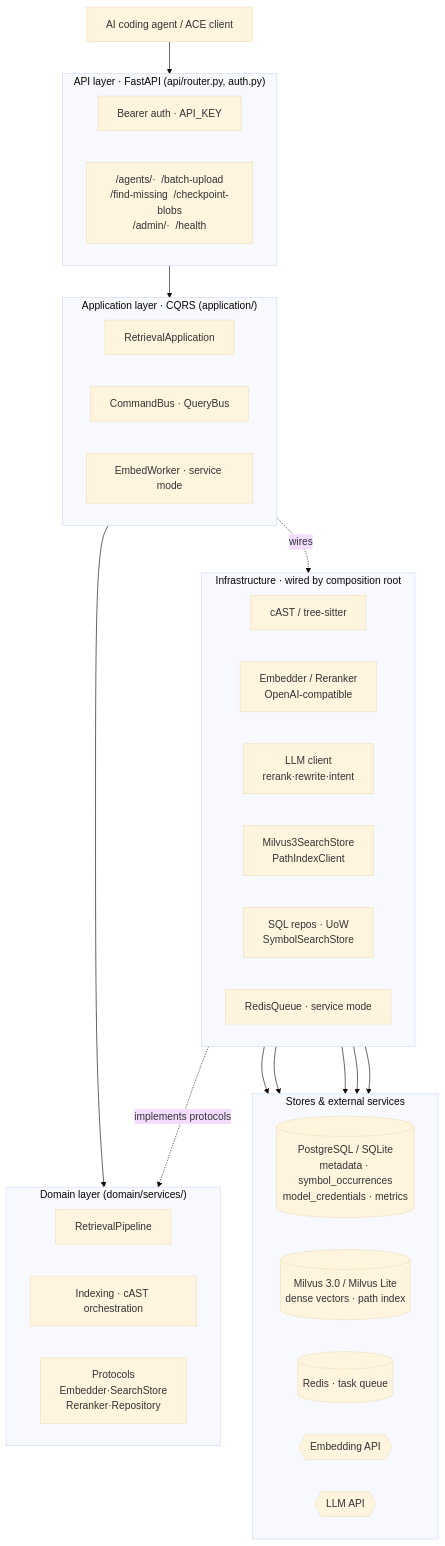
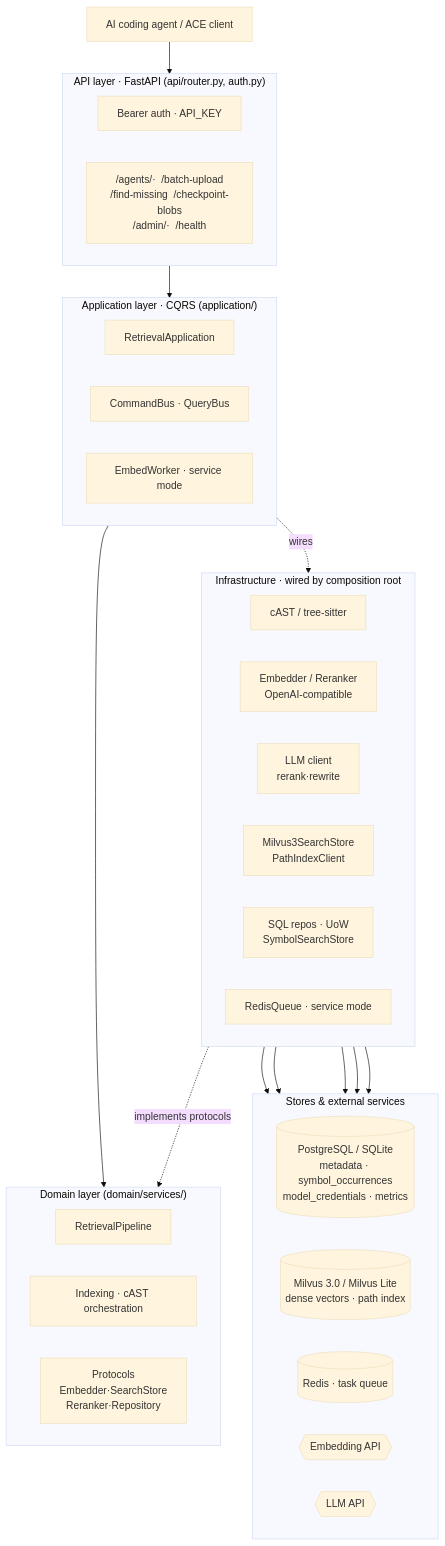
The first of 2 diagrams in README.md (JasonEX/oce), drawn with Mermaid (base theme) before and after one commit. The commit also changed other lines of this file and 32 other files, not shown here.

````diff
--- a/README.md
+++ b/README.md
@@ -345,55 +372,55 @@
 ```mermaid
 flowchart TB
     Client["AI coding agent / ACE client"]
 
     subgraph API["API layer · FastAPI (api/router.py, auth.py)"]
         direction LR
         Auth["Bearer auth · API_KEY"]
         Endpoints["/agents/·  /batch-upload<br/>/find-missing  /checkpoint-blobs<br/>/admin/·  /health"]
     end
 
     subgraph APP["Application layer · CQRS (application/)"]
         direction LR
         AppSvc["RetrievalApplication"]
         Buses["CommandBus · QueryBus"]
         Worker["EmbedWorker · service mode"]
     end
 
     subgraph DOMAIN["Domain layer (domain/services/)"]
         direction LR
         Pipeline["RetrievalPipeline"]
         Indexing["Indexing · cAST orchestration"]
         Proto["Protocols<br/>Embedder·SearchStore<br/>Reranker·Repository"]
     end
 
     subgraph INFRA["Infrastructure · wired by composition root"]
         direction LR
         Chunker["cAST / tree-sitter"]
         Embed["Embedder / Reranker<br/>OpenAI-compatible"]
-        LLMC["LLM client<br/>rerank·rewrite·intent"]
+        LLMC["LLM client<br/>rerank·rewrite"]
         Vector["Milvus3SearchStore<br/>PathIndexClient"]
         Sql["SQL repos · UoW<br/>SymbolSearchStore"]
         RedisQ["RedisQueue · service mode"]
     end
 
     subgraph STORE["Stores & external services"]
         direction LR
         DB[("PostgreSQL / SQLite<br/>metadata · symbol_occurrences<br/>model_credentials · metrics")]
         Milvus[("Milvus 3.0 / Milvus Lite<br/>dense vectors · path index")]
         Redis[("Redis · task queue")]
         EmbedAPI{{"Embedding API"}}
         LLMAPI{{"LLM API"}}
     end
 
     Client --> API
     API --> APP
     APP --> DOMAIN
     APP -. wires .-> INFRA
     INFRA -. implements protocols .-> DOMAIN
 
     Embed --> EmbedAPI
     LLMC --> LLMAPI
     Vector --> Milvus
     Sql --> DB
     RedisQ --> Redis
 ```
````
